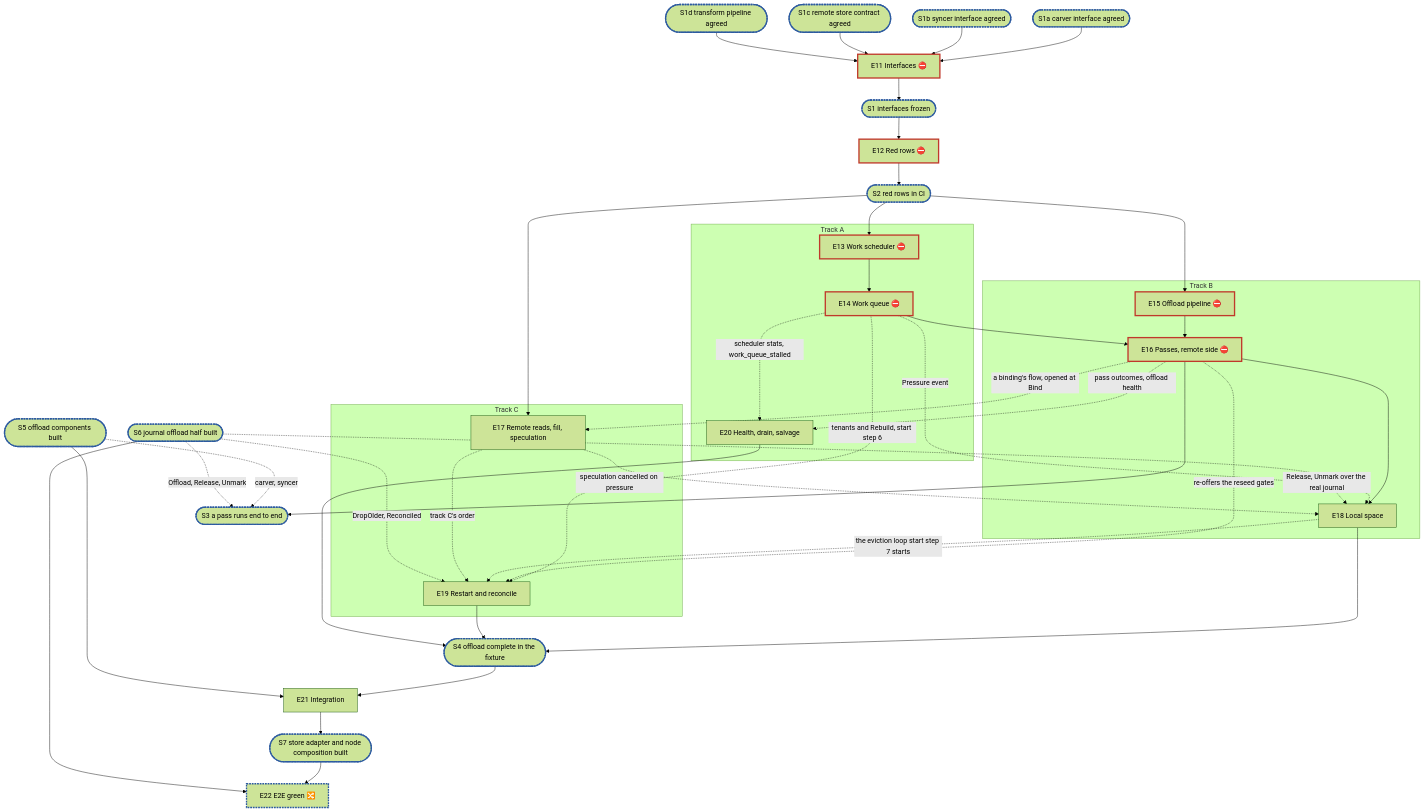
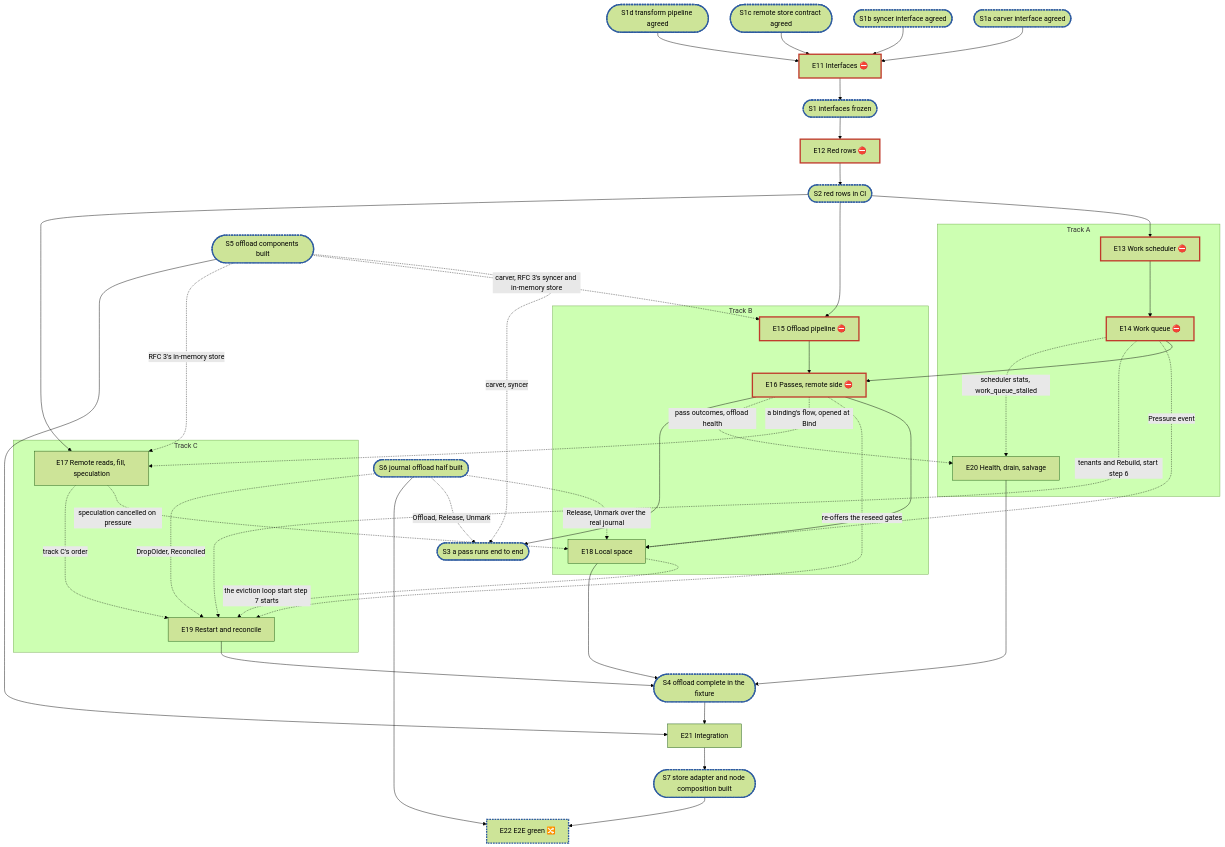
Before and after one commit to cubbit/dittofs: the diagram in .planning/rfc-8-offload-engine-plan.md, drawn with Mermaid (forest theme). The commit also changed other lines of this file, not shown here.

Commit message:
docs(planning): RFC 8 offload plan fixes journal rows, epic 15's test edges and S5; takes V20

````diff
--- a/.planning/rfc-8-offload-engine-plan.md
+++ b/.planning/rfc-8-offload-engine-plan.md
@@ -349,43 +367,45 @@
 ```mermaid
 flowchart TD
   S1a(["S1a carver interface agreed"]):::sync --> E11
   S1b(["S1b syncer interface agreed"]):::sync --> E11
   S1c(["S1c remote store contract agreed"]):::sync --> E11
   S1d(["S1d transform pipeline agreed"]):::sync --> E11
   E11["E11 Interfaces ⛔"]:::blocker --> S1(["S1 interfaces frozen"]):::sync
   S1 --> E12["E12 Red rows ⛔"]:::blocker --> S2(["S2 red rows in CI"]):::sync
   subgraph A["Track A"]
     E13["E13 Work scheduler ⛔"]:::blocker --> E14["E14 Work queue ⛔"]:::blocker
     E20["E20 Health, drain, salvage"]
   end
   subgraph B["Track B"]
     E15["E15 Offload pipeline ⛔"]:::blocker --> E16["E16 Passes, remote side ⛔"]:::blocker --> E18["E18 Local space"]
   end
   subgraph C["Track C"]
     E17["E17 Remote reads, fill, speculation"]
     E19["E19 Restart and reconcile"]
   end
   S2 --> E13 & E15 & E17
   E14 --> E16
   E14 -. "Pressure event" .-> E18
   E14 -. "tenants and Rebuild, start step 6" .-> E19
   E14 -. "scheduler stats, work_queue_stalled" .-> E20
   E16 -. "re-offers the reseed gates" .-> E19
   E16 -. "a binding's flow, opened at Bind" .-> E17
   E18 -. "the eviction loop start step 7 starts" .-> E19
   E16 -. "pass outcomes, offload health" .-> E20
   E17 -. "speculation cancelled on pressure" .-> E18
   E17 -. "track C's order" .-> E19
   S5(["S5 offload components built"]):::sync -. "carver, syncer" .-> S3
+  S5 -. "carver, RFC 3's syncer and in-memory store" .-> E15
+  S5 -. "RFC 3's in-memory store" .-> E17
   S6(["S6 journal offload half built"]):::sync -. "Offload, Release, Unmark" .-> S3
   E16 --> S3(["S3 a pass runs end to end"]):::sync
   S6 -. "DropOlder, Reconciled" .-> E19
   S6 -. "Release, Unmark over the real journal" .-> E18
   E18 & E19 & E20 --> S4(["S4 offload complete in the fixture"]):::sync
   S4 --> E21["E21 Integration"]
   S5 --> E21
   E21 --> S7(["S7 store adapter and node composition built"]):::sync --> E22["E22 E2E green 🔀"]:::sync
   S6 --> E22
   classDef blocker stroke:#c0392b,stroke-width:3px
   classDef sync stroke:#2c5aa0,stroke-width:3px,stroke-dasharray:4 2
 ```
````
